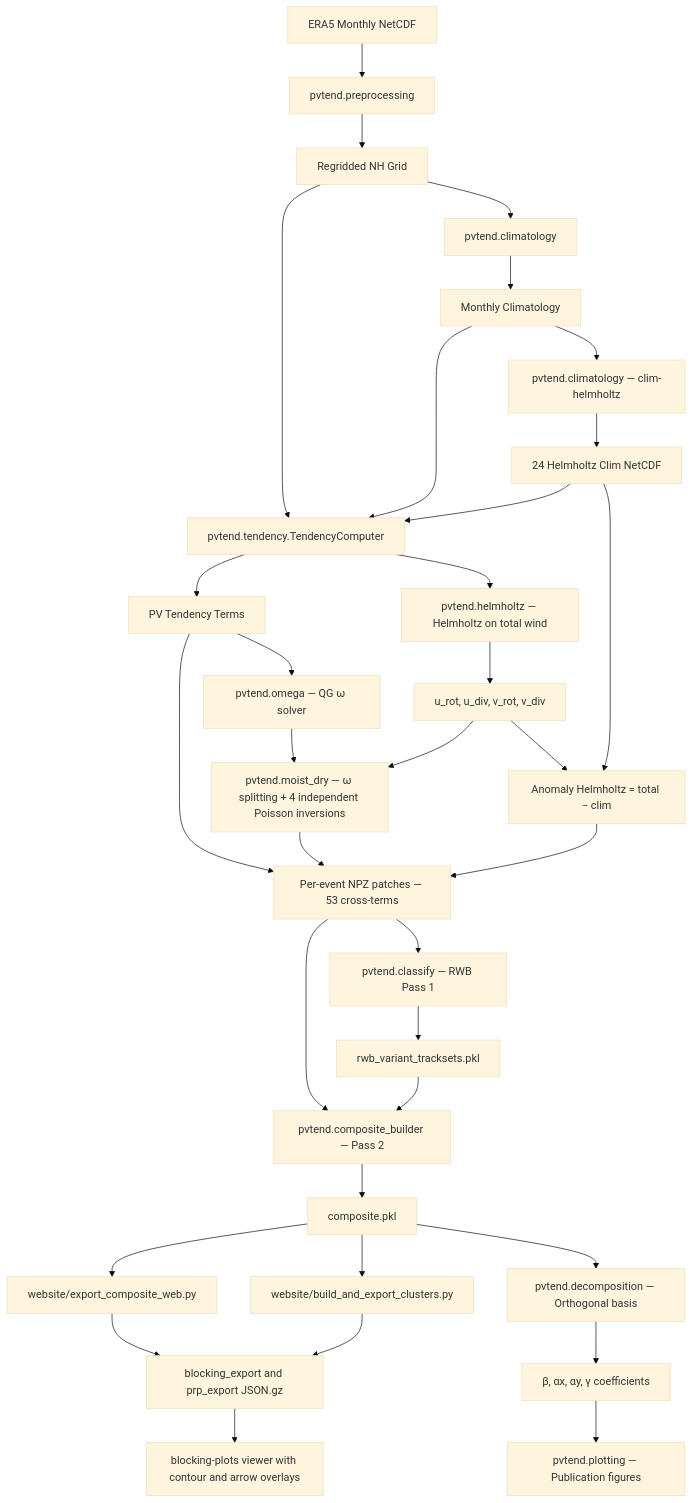
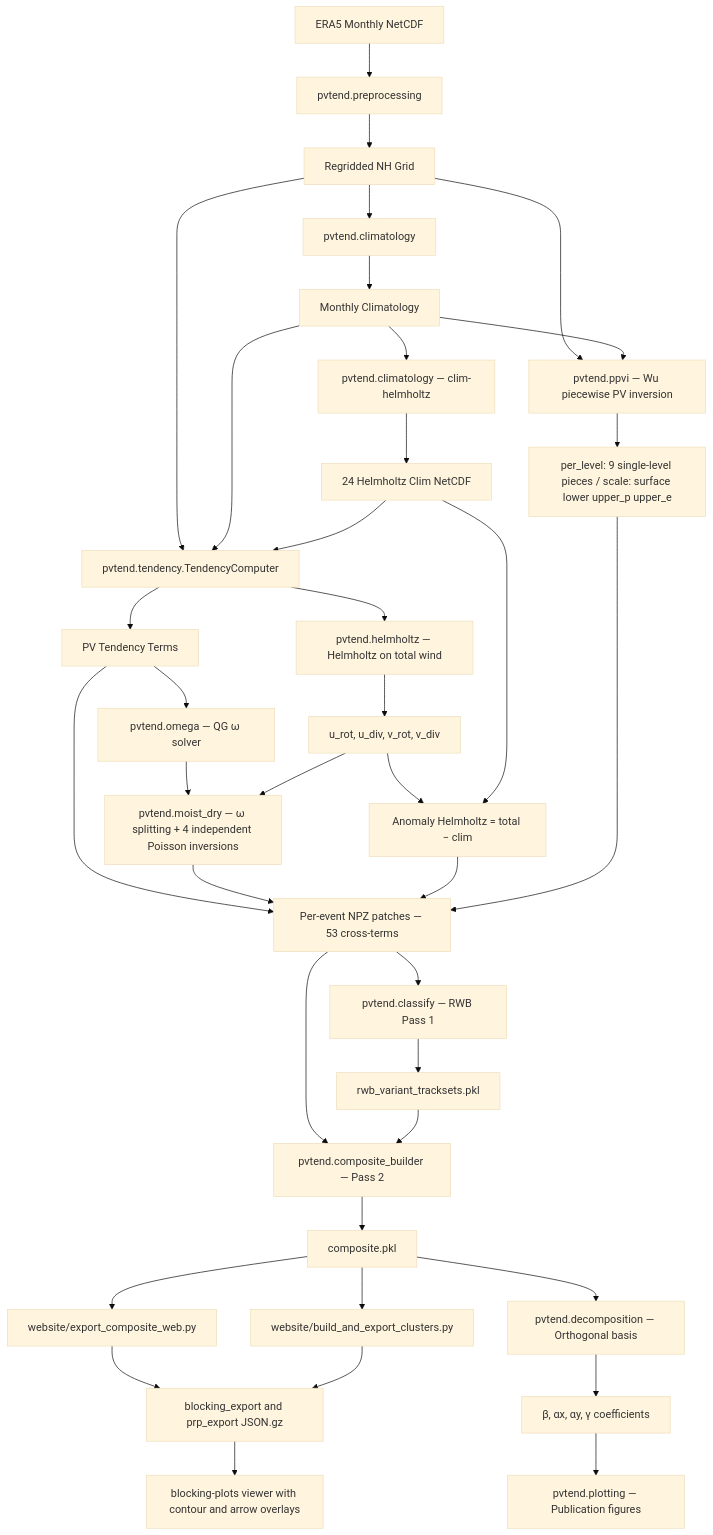
Before and after one commit to yanxingjianken/pvtend: the first of 3 diagrams in README.md, drawn with Mermaid (base theme). The commit also changed other lines of this file, not shown here.

Commit message:
docs(readme): PPVI needs a north-first band, and has two piece modes
The grid-agnostic claim from v2.13 was ahead of the code: the CESM path had
never actually produced a finite field.  Says so now, alongside --ppvi-pieces,
and the workflow chart shows where the inversion enters the NPZ.

````diff
--- a/README.md
+++ b/README.md
@@ -166,29 +167,32 @@
 ```mermaid
 graph TD
     A[ERA5 Monthly NetCDF] --> B[pvtend.preprocessing]
     B --> C[Regridded NH Grid]
     C --> D[pvtend.climatology]
     D --> E[Monthly Climatology]
     E --> E2[pvtend.climatology — clim-helmholtz]
     E2 --> E3[24 Helmholtz Clim NetCDF]
     C & E & E3 --> F[pvtend.tendency.TendencyComputer]
     F --> G[PV Tendency Terms]
     F --> I[pvtend.helmholtz — Helmholtz on total wind]
     I --> I2[u_rot, u_div, v_rot, v_div]
     I2 & E3 --> I3[Anomaly Helmholtz = total − clim]
     G --> H[pvtend.omega — QG ω solver]
     H & I2 --> J[pvtend.moist_dry — ω splitting + 4 independent Poisson inversions]
     G & J & I3 --> K[Per-event NPZ patches — 53 cross-terms]
+    C & E --> P1[pvtend.ppvi — Wu piecewise PV inversion]
+    P1 --> P2[per_level: 9 single-level pieces / scale: surface lower upper_p upper_e]
+    P2 --> K
     K --> L1[pvtend.classify — RWB Pass 1]
     L1 --> L1a[rwb_variant_tracksets.pkl]
     K & L1a --> L2[pvtend.composite_builder — Pass 2]
     L2 --> L2a[composite.pkl]
     L2a --> W1[website/export_composite_web.py]
     L2a --> W2[website/build_and_export_clusters.py]
     W1 --> W3[blocking_export and prp_export JSON.gz]
     W2 --> W3
     W3 --> W4[blocking-plots viewer with contour and arrow overlays]
     L2a --> M[pvtend.decomposition — Orthogonal basis]
     M --> N[β, αx, αy, γ coefficients]
     N --> O[pvtend.plotting — Publication figures]
 ```
````
